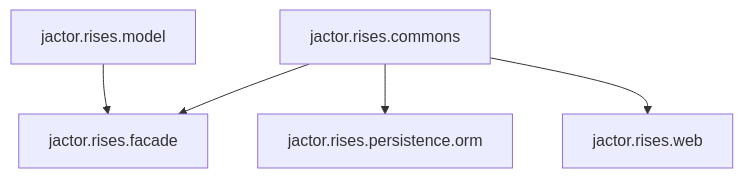
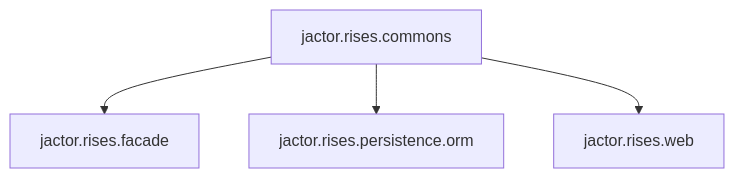
The diagram in README.md (jactor-rises/jactor-rises), drawn with Mermaid before and after one commit. The commit also changed other lines of this file and 344 other files, not shown here.

````diff
--- a/README.md
+++ b/README.md
@@ -13,7 +12,6 @@
 ```mermaid
 graph TD;
     jactor.rises.commons-->jactor.rises.facade;
     jactor.rises.commons-->jactor.rises.persistence.orm;
     jactor.rises.commons-->jactor.rises.web;
-    jactor.rises.model-->jactor.rises.facade;
 ```
````
